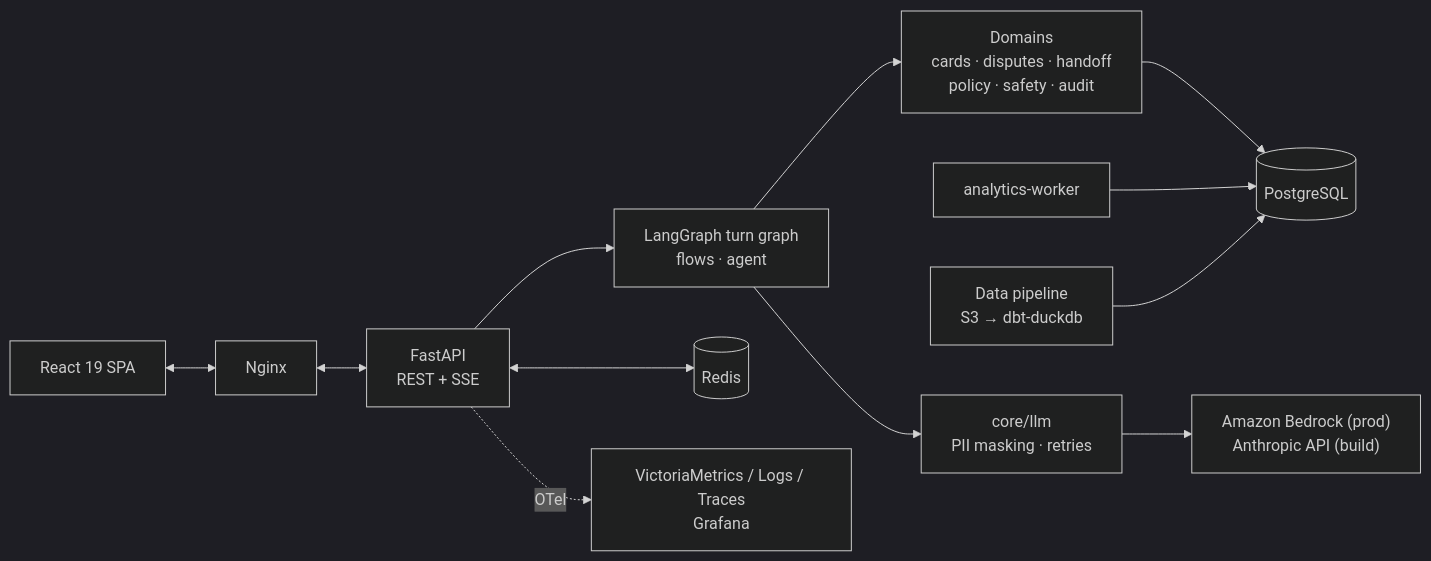
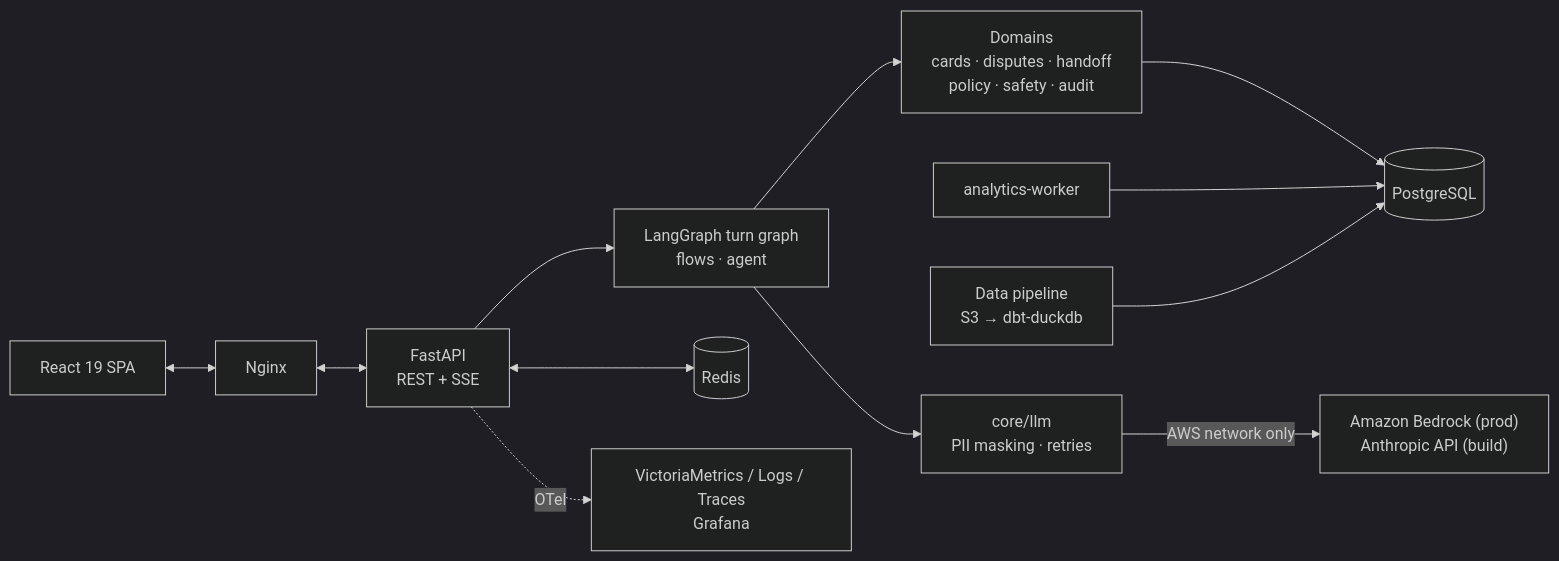
One commit to YhBedoya/factored-hackathon-2026-inferencia-aplicada changed the first of 3 diagrams in README.md. Above: the diagram before and after it, drawn with Mermaid (dark theme). The commit also changed other lines of this file and 1 other file, not shown here.

First line of the commit message:
docs: highlight Bedrock data boundary, Claude Code workflow and team

````diff
--- a/README.md
+++ b/README.md
@@ -77,13 +75,13 @@
 ```mermaid
 flowchart LR
     SPA["React 19 SPA"] <--> NGINX["Nginx"] <--> API["FastAPI<br/>REST + SSE"]
     API --> CONV["LangGraph turn graph<br/>flows · agent"]
     CONV --> DOM["Domains<br/>cards · disputes · handoff<br/>policy · safety · audit"]
     CONV --> LLM["core/llm<br/>PII masking · retries"]
-    LLM --> BR["Amazon Bedrock (prod)<br/>Anthropic API (build)"]
+    LLM -->|"AWS network only"| BR["Amazon Bedrock (prod)<br/>Anthropic API (build)"]
     DOM --> PG[("PostgreSQL")]
     API <--> RD[("Redis")]
     AW["analytics-worker"] --> PG
     PIPE["Data pipeline<br/>S3 → dbt-duckdb"] --> PG
     API -. OTel .-> OBS["VictoriaMetrics / Logs / Traces<br/>Grafana"]
 ```
````
